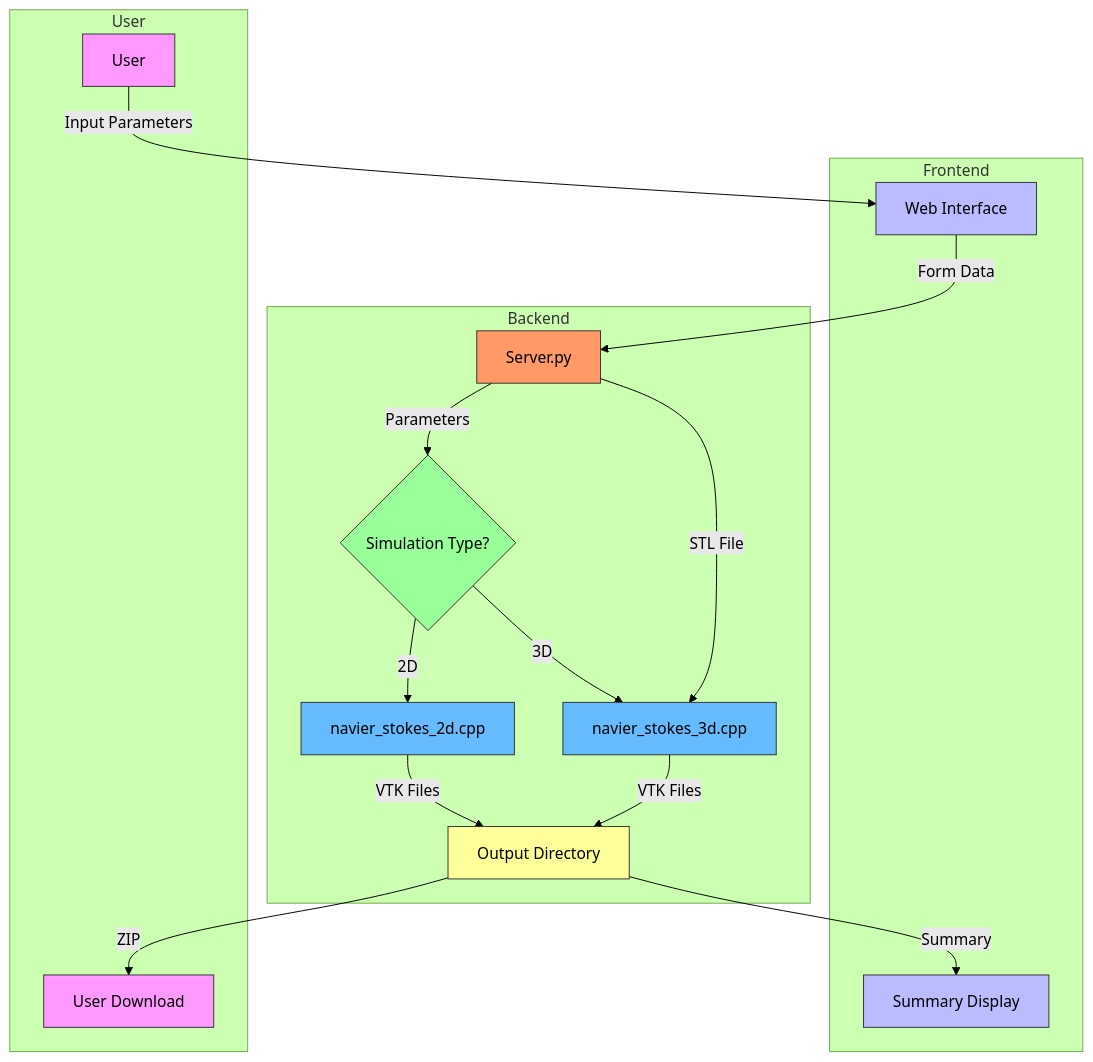
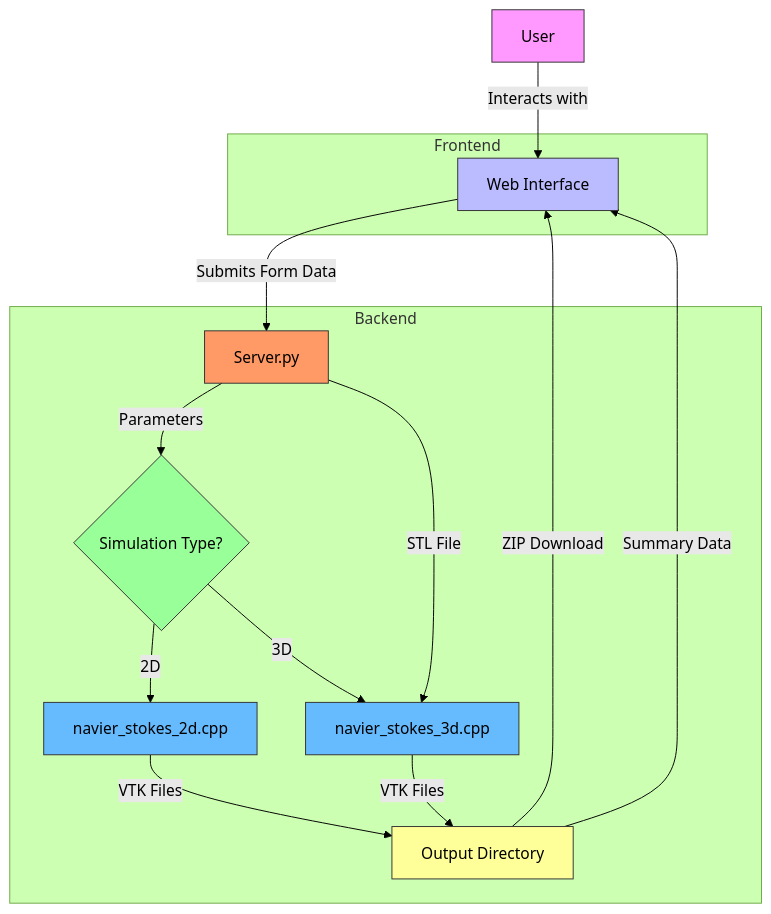
The diagram in dataflow.md (shivamKrishnan/simple_cfd), drawn with Mermaid (forest theme) before and after one commit.

````diff
--- a/dataflow.md
+++ b/dataflow.md
@@ -1,41 +1,33 @@
 ```mermaid
 flowchart TD
-    A[User] -->|Input Parameters| B[Web Interface]
-    B -->|Form Data| C[Server.py]
+    A[User] -->|Interacts with| B[Web Interface]
+    B -->|Submits Form Data| C[Server.py]
     C -->|Parameters| D{Simulation Type?}
     D -->|2D| E[navier_stokes_2d.cpp]
     D -->|3D| F[navier_stokes_3d.cpp]
     E -->|VTK Files| G[Output Directory]
     F -->|VTK Files| G
     C -->|STL File| F
-    G -->|ZIP| H[User Download]
-    G -->|Summary| I[Summary Display]
+    G -->|ZIP Download| B
+    G -->|Summary Data| B
     
     subgraph Frontend
         B[Web Interface]
-        I[Summary Display]
     end
     
     subgraph Backend
         C[Server.py]
         D{Simulation Type?}
         E[navier_stokes_2d.cpp]
         F[navier_stokes_3d.cpp]
         G[Output Directory]
     end
     
-    subgraph User
-        A[User]
-        H[User Download]
-    end
-    
     style A fill:#f9f,stroke:#333
     style B fill:#bbf,stroke:#333
     style C fill:#f96,stroke:#333
     style D fill:#9f9,stroke:#333
     style E fill:#6bf,stroke:#333
     style F fill:#6bf,stroke:#333
     style G fill:#ff9,stroke:#333
-    style H fill:#f9f,stroke:#333
-    style I fill:#bbf,stroke:#333
 ```
````
